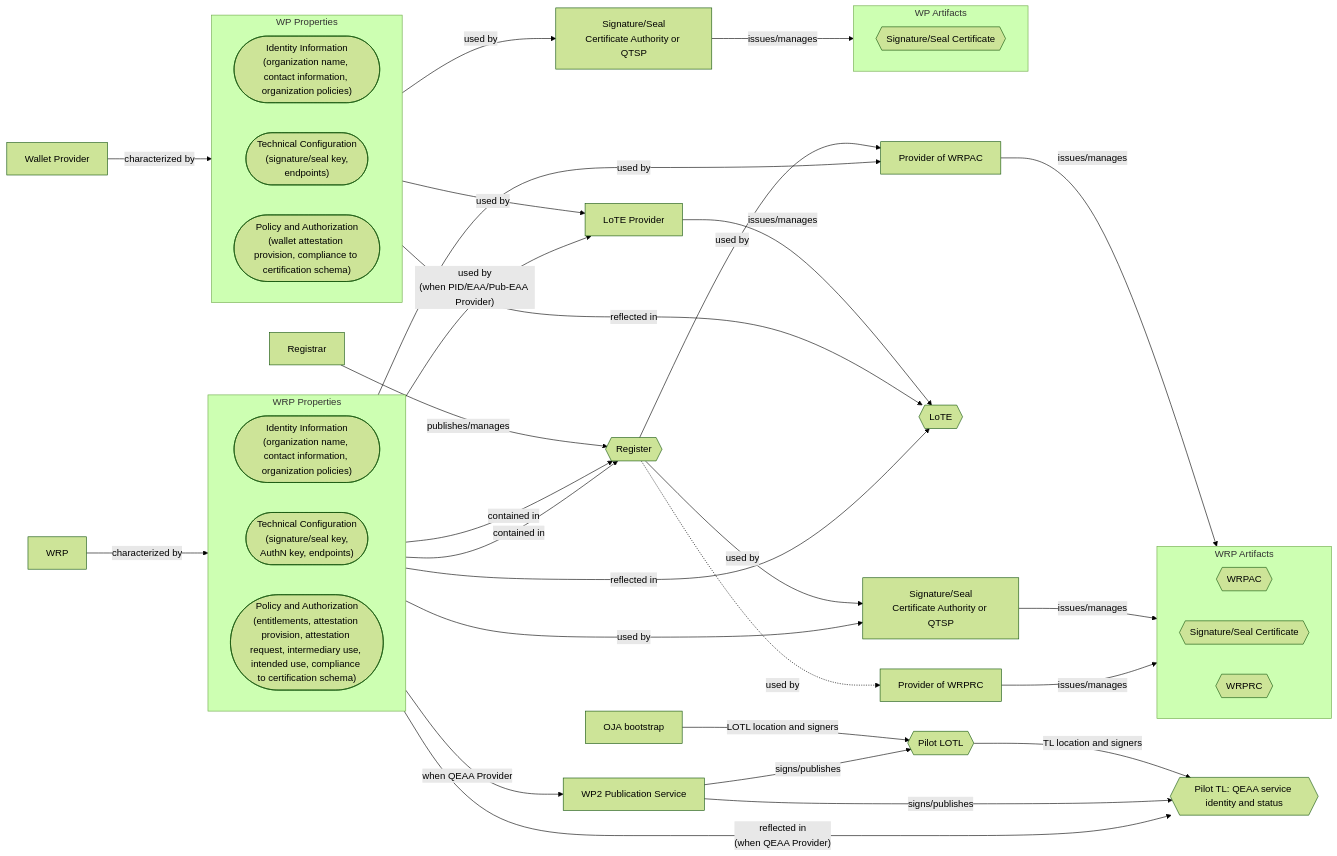
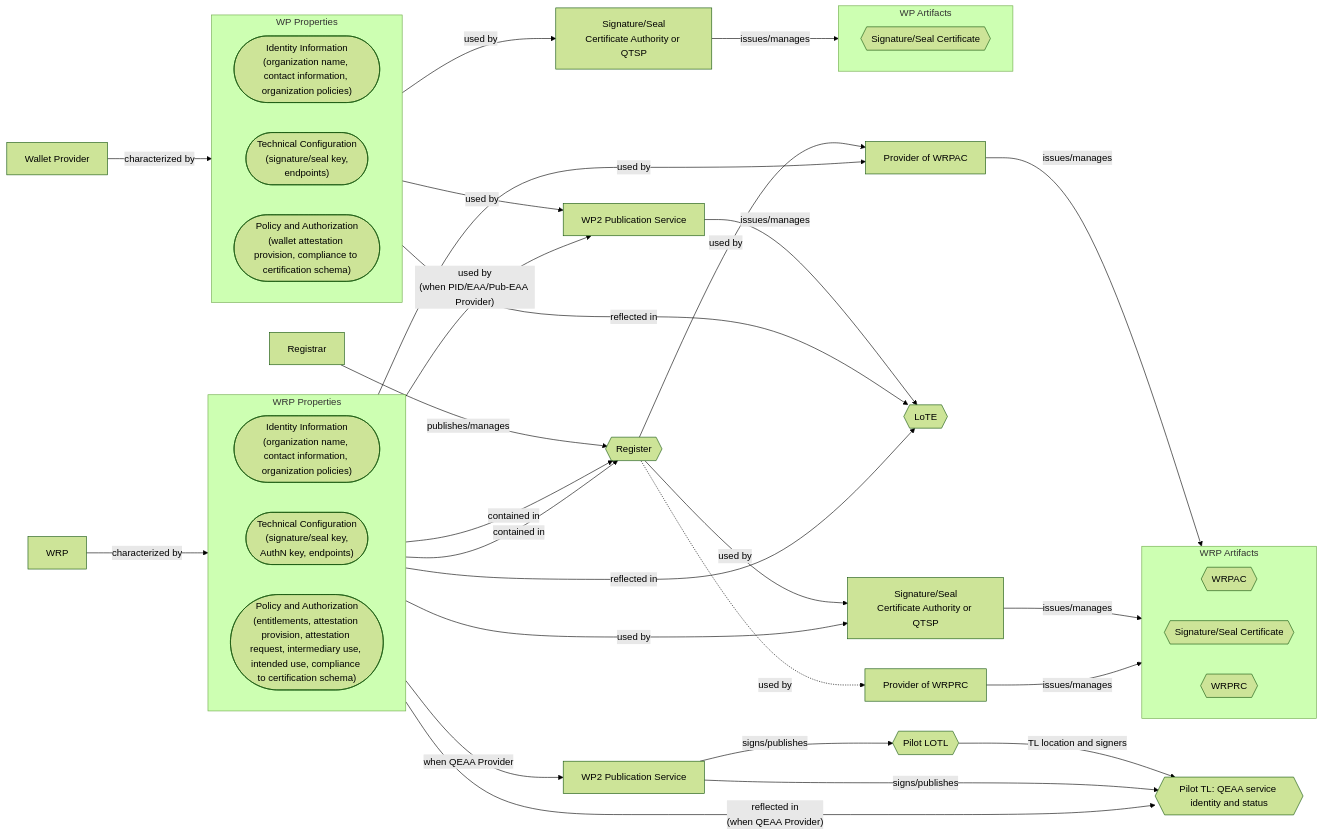
The first of 4 diagrams in docs/topics/trust-management-process.md (APTITUDE-Consortium/wp2-trust-specifications), drawn with Mermaid (forest theme) before and after one commit. The commit also changed other lines of this file and 16 other files, not shown here.

````diff
--- a/docs/topics/trust-management-process.md
+++ b/docs/topics/trust-management-process.md
@@ -107,80 +105,78 @@
 ```mermaid
 flowchart LR
     wrp["WRP"]
 
     subgraph abst["WRP Properties"]
         direction LR
         id(["Identity Information<br>(organization name, contact information, organization policies)"])
         tech(["Technical Configuration<br>(signature/seal key,<br>AuthN key, endpoints)"])
         authz(["Policy and Authorization<br>(entitlements, attestation provision, attestation request, intermediary use, intended use, compliance to certification schema)"])
     end
 
     subgraph arti["WRP Artifacts"]
         direction LR
         ac{{"WRPAC"}}
         csig{{"Signature/Seal Certificate"}}
         rc{{"WRPRC"}}
     end
 
     qtl{{"Pilot TL: QEAA service identity and status"}}
     lotl{{"Pilot LOTL"}}
-    oja["OJA bootstrap"]
     pub["WP2 Publication Service"]
-    oja -->|"LOTL location and signers"| lotl
     lotl -->|"TL location and signers"| qtl
     pub -->|"signs/publishes"| lotl
     pub -->|"signs/publishes"| qtl
     abst -->|"when QEAA Provider"| pub
     tl{{"LoTE"}}
     reg{{"Register"}}
 
     ca["Signature/Seal<br>Certificate Authority or QTSP"]
     acca["Provider of WRPAC"]
     rcca["Provider of WRPRC"]
     ent_reg["Registrar"]
-    tlp["LoTE Provider"]
+    tlp["WP2 Publication Service"]
 
     ent_reg --"publishes/manages"--> reg
     wrp --"characterized by"--> abst
 
     reg --"used by"--> acca
     tech --"used by"--> acca
     acca --"issues/manages"--> ac
 
     reg --"used by"--> ca
     tech --"used by"--> ca
     ca --"issues/manages"--> csig
 
     reg -."used by".-> rcca
     rcca --"issues/manages"--> rc
 
     id --"contained in"--> reg
     authz --"reflected in"--> tl
     authz --"reflected in<br>(when QEAA Provider)"--> qtl
     authz --"contained in"--> reg
     abst --"used by<br>(when PID/EAA/Pub-EAA Provider)"--> tlp
     tlp --"issues/manages"--> tl
     
 
     wp["Wallet Provider"]
 
     subgraph abst_wp["WP Properties"]
         direction LR
         id_wp(["Identity Information<br>(organization name, contact information, organization policies)"])
         tech_wp(["Technical Configuration<br>(signature/seal key,<br>endpoints)"])
          authz_wp(["Policy and Authorization<br>(wallet attestation provision, compliance to certification schema)"])
     end
 
     subgraph arti_wp["WP Artifacts"]
         direction LR
         csig_wp{{"Signature/Seal Certificate"}}
     end
     ca_wp["Signature/Seal<br>Certificate Authority or QTSP"]
 
     wp --"characterized by"--> abst_wp
     authz_wp --"reflected in"--> tl
     tech_wp --"used by"--> ca_wp
     ca_wp --"issues/manages"--> csig_wp
 
     abst_wp --"used by"--> tlp
 ```
````
